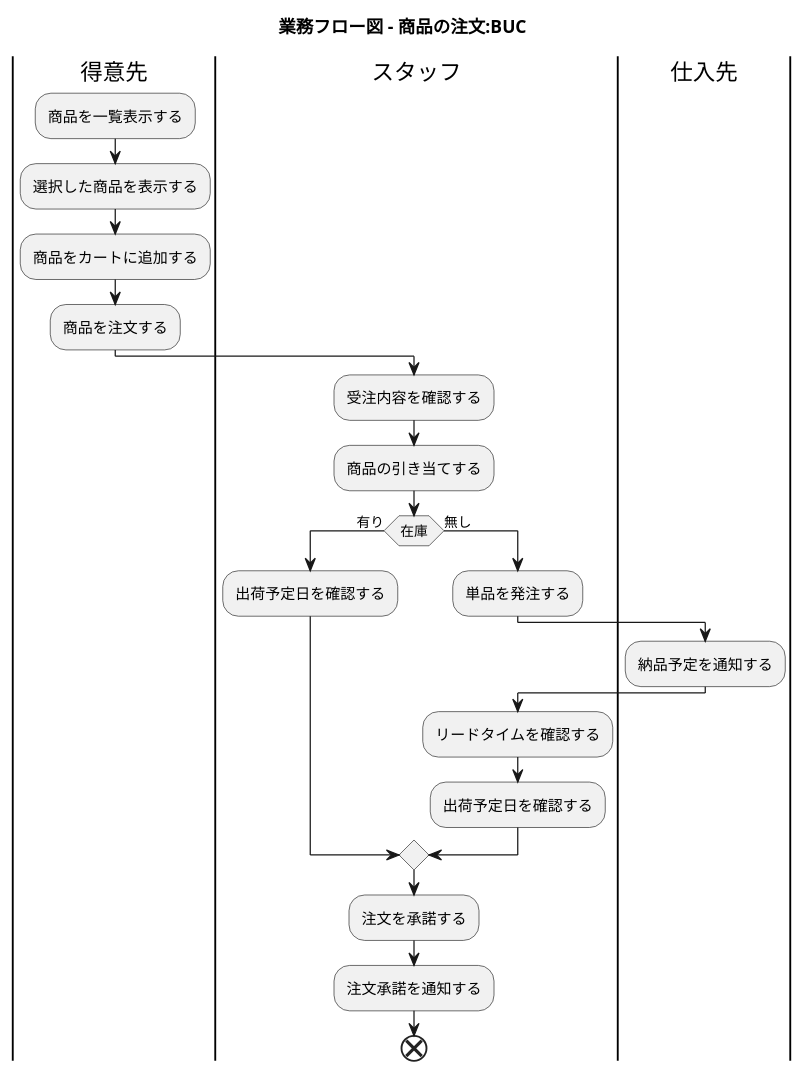
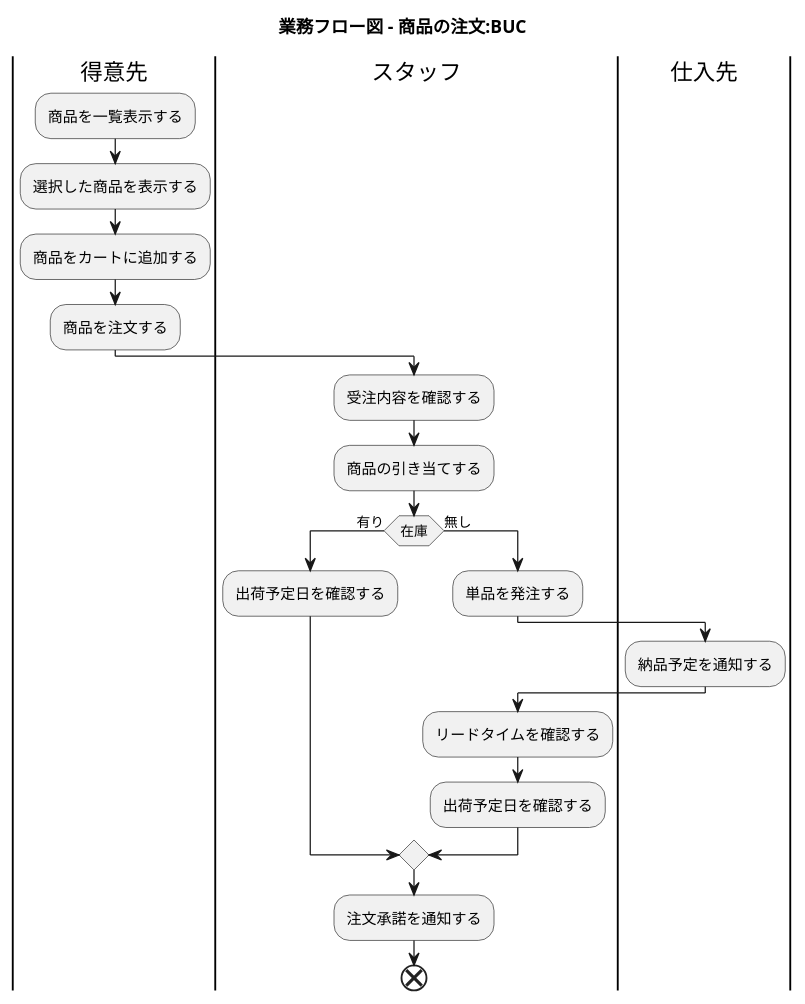
The ninth of 36 diagrams in docs/index.adoc (k2works/application_programing_excercise_2022), drawn with PlantUML before and after one commit. The commit also changed other lines of this file, not shown here.

Commit message:
docs: ユースケース複合図

```diff
--- a/docs/index.adoc
+++ b/docs/index.adoc
@@ -338,32 +343,31 @@
 [plantuml]
 ----
 @startuml
 
 title 業務フロー図 - 商品の注文:BUC
 
 |得意先|
 :商品を一覧表示する;
 :選択した商品を表示する;
 :商品をカートに追加する;
 :商品を注文する;
 
 |スタッフ|
 :受注内容を確認する;
 :商品の引き当てする;
 if (在庫) then (有り)
  :出荷予定日を確認する;
 else (無し)
  :単品を発注する;
  |仕入先|
  :納品予定を通知する;
  |スタッフ|
  :リードタイムを確認する;
  :出荷予定日を確認する;
 endif
-:注文を承諾する;
 :注文承諾を通知する;
 
 end
 
 @enduml
 ----
```
